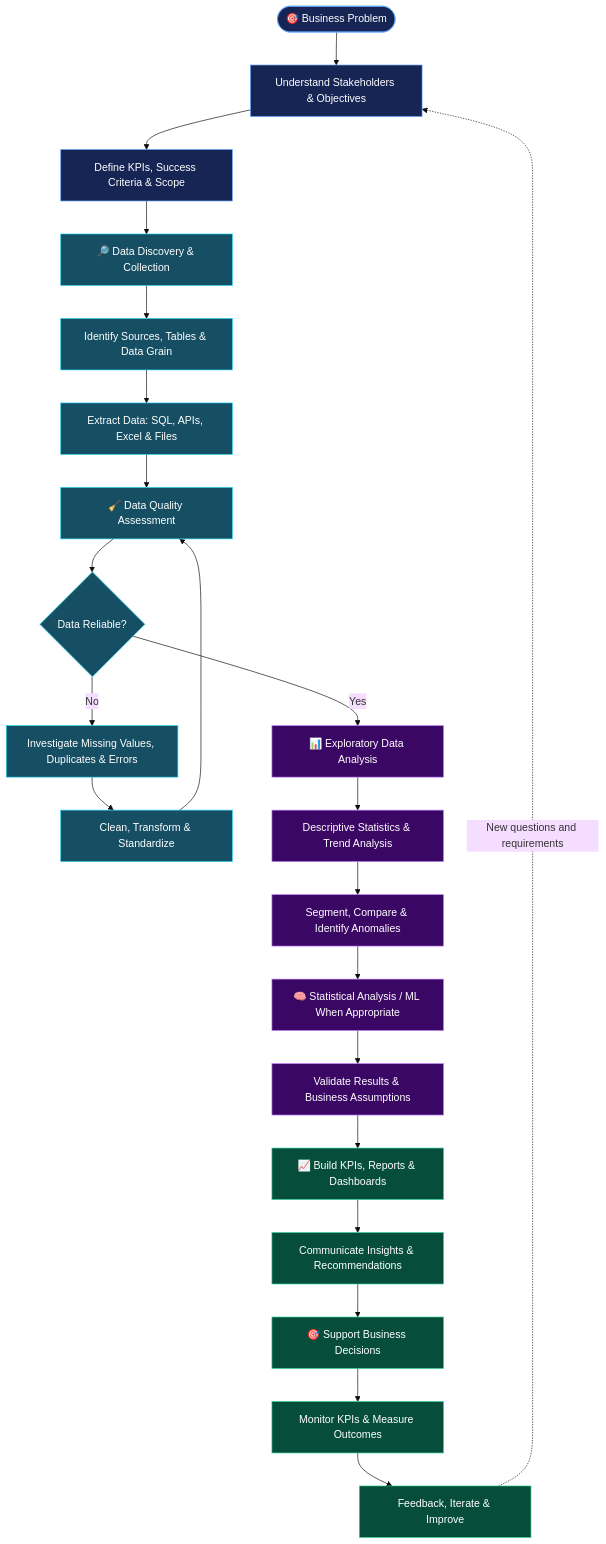
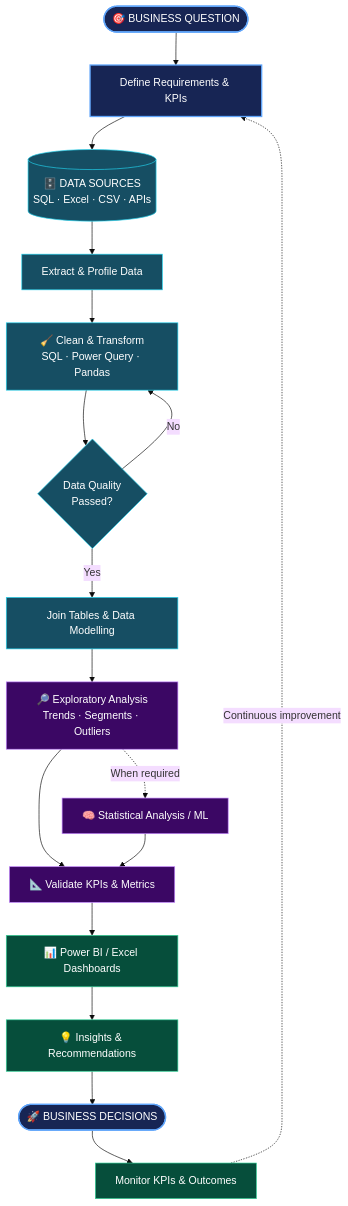
One commit to Patty-09/Patty-09 changed the diagram in README.md. Above: the diagram before and after it, drawn with Mermaid (base theme). The commit also changed other lines of this file, not shown here.

````diff
--- a/README.md
+++ b/README.md
@@ -57,38 +71,29 @@
 ```mermaid
 flowchart TD
-    A(["🎯 Business Problem"]) --> B["Understand Stakeholders & Objectives"]
-    B --> C["Define KPIs, Success Criteria & Scope"]
-    C --> D["🔎 Data Discovery & Collection"]
+    A(["🎯 BUSINESS QUESTION"]) --> B["Define Requirements & KPIs"]
+    B --> C[("🗄️ DATA SOURCES<br/>SQL · Excel · CSV · APIs")]
+    C --> D["Extract & Profile Data"]
+    D --> E["🧹 Clean & Transform<br/>SQL · Power Query · Pandas"]
+    E --> F{"Data Quality<br/>Passed?"}
+    F -- "No" --> E
+    F -- "Yes" --> G["Join Tables & Data Modelling"]
+    G --> H["🔎 Exploratory Analysis<br/>Trends · Segments · Outliers"]
+    H --> I["📐 Validate KPIs & Metrics"]
+    H -. "When required" .-> J["🧠 Statistical Analysis / ML"]
+    J --> I
+    I --> K["📊 Power BI / Excel Dashboards"]
+    K --> L["💡 Insights & Recommendations"]
+    L --> M(["🚀 BUSINESS DECISIONS"])
+    M --> N["Monitor KPIs & Outcomes"]
+    N -. "Continuous improvement" .-> B
 
-    D --> E["Identify Sources, Tables & Data Grain"]
-    E --> F["Extract Data: SQL, APIs, Excel & Files"]
-    F --> G["🧹 Data Quality Assessment"]
-
-    G --> H{"Data Reliable?"}
-    H -- "No" --> I["Investigate Missing Values, Duplicates & Errors"]
-    I --> J["Clean, Transform & Standardize"]
-    J --> G
-    H -- "Yes" --> K["📊 Exploratory Data Analysis"]
-
-    K --> L["Descriptive Statistics & Trend Analysis"]
-    L --> M["Segment, Compare & Identify Anomalies"]
-    M --> N["🧠 Statistical Analysis / ML When Appropriate"]
-
-    N --> O["Validate Results & Business Assumptions"]
-    O --> P["📈 Build KPIs, Reports & Dashboards"]
-    P --> Q["Communicate Insights & Recommendations"]
-    Q --> R["🎯 Support Business Decisions"]
-    R --> S["Monitor KPIs & Measure Outcomes"]
-    S --> T["Feedback, Iterate & Improve"]
-
-    T -. "New questions and requirements" .-> B
-
-    classDef business fill:#172554,stroke:#60A5FA,color:#FFFFFF
+    classDef business fill:#172554,stroke:#60A5FA,color:#FFFFFF,stroke-width:2px
     classDef data fill:#164E63,stroke:#22D3EE,color:#FFFFFF
     classDef analysis fill:#3B0764,stroke:#C084FC,color:#FFFFFF
     classDef outcome fill:#064E3B,stroke:#34D399,color:#FFFFFF
-    class A,B,C business
-    class D,E,F,G,H,I,J data
-    class K,L,M,N,O analysis
-    class P,Q,R,S,T outcome
+
+    class A,B,M business
+    class C,D,E,F,G data
+    class H,I,J analysis
+    class K,L,N outcome
 ```
````
